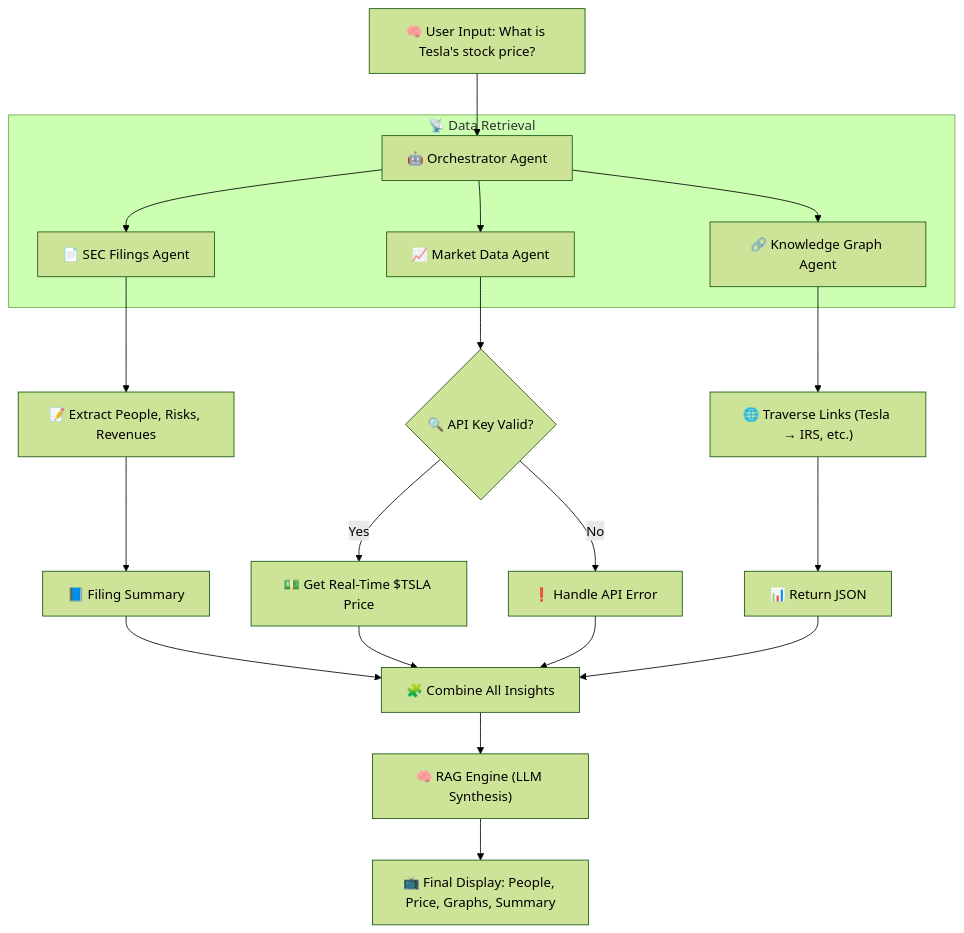
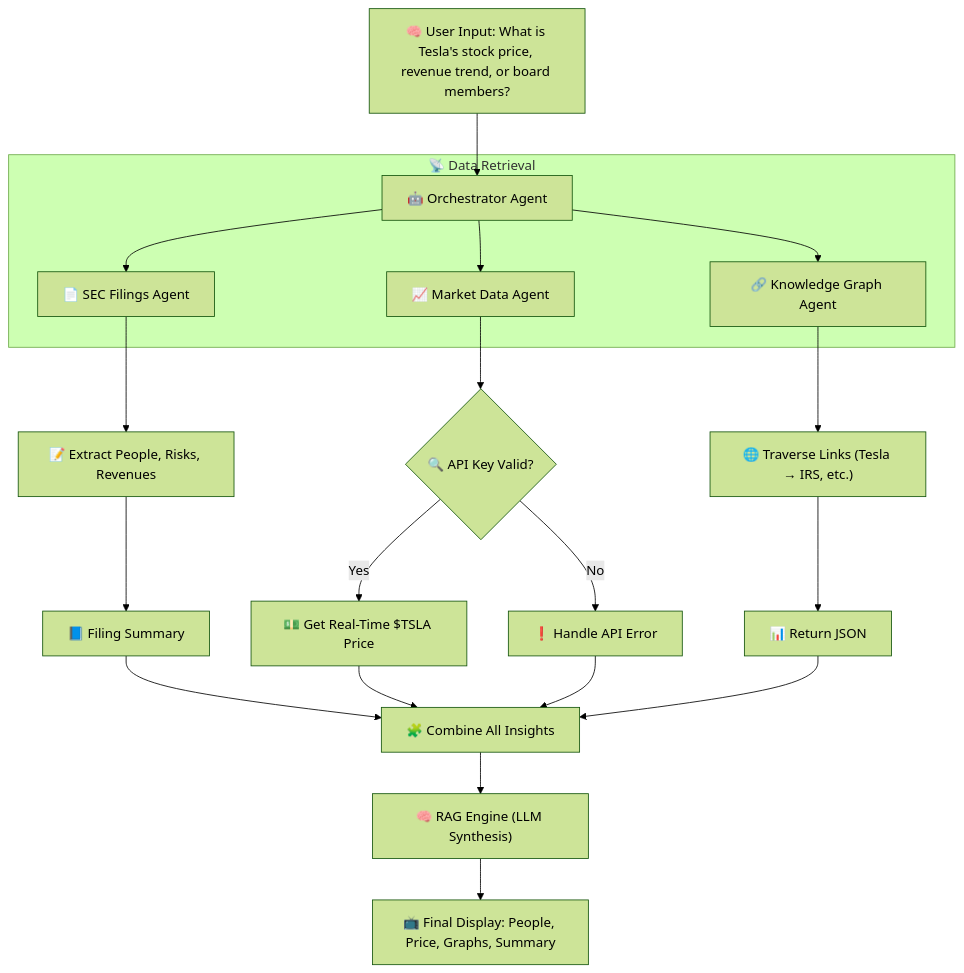
Before and after one commit to Yeshwanth-git-tech/Financial-Analyst-Agent: the diagram in README.md, drawn with Mermaid (forest theme).

````diff
--- a/README.md
+++ b/README.md
@@ -7,31 +7,31 @@
 ```mermaid
 flowchart TD
-    A["🧠 User Input: What is Tesla's stock price?"] --> B["🤖 Orchestrator Agent"]
+    A["🧠 User Input: What is Tesla's stock price, revenue trend, or board members?"] --> B["🤖 Orchestrator Agent"]
 
     subgraph "📡 Data Retrieval"
         B --> C1["📄 SEC Filings Agent"]
         B --> C2["📈 Market Data Agent"]
         B --> C3["🔗 Knowledge Graph Agent"]
     end
 
     %% === SEC BRANCH ===
     C1 --> D1["📝 Extract People, Risks, Revenues"]
     D1 --> E1["📘 Filing Summary"]
 
     %% === MARKET DATA BRANCH ===
     C2 --> D2{"🔍 API Key Valid?"}
     D2 -->|Yes| E2["💵 Get Real-Time $TSLA Price"]
     D2 -->|No| E3["❗ Handle API Error"]
 
     %% === KNOWLEDGE GRAPH BRANCH ===
     C3 --> D3["🌐 Traverse Links (Tesla → IRS, etc.)"]
     D3 --> E4["📊 Return JSON"]
 
     %% === AGGREGATION & SYNTHESIS ===
     E1 --> F["🧩 Combine All Insights"]
     E2 --> F
     E3 --> F
     E4 --> F
     F --> G["🧠 RAG Engine (LLM Synthesis)"]
     G --> H["📺 Final Display: People, Price, Graphs, Summary"]
 ```
````
